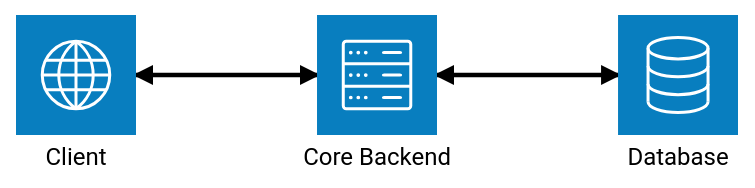
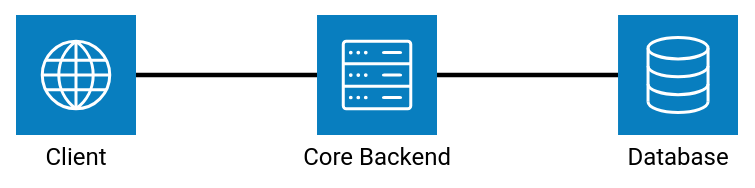
Before and after one commit to Darkzarich/microservice-course-assigment-1: the first of 2 diagrams in README.md, drawn with Mermaid (forest theme). The commit also changed other lines of this file, not shown here.

Commit message:
stage-2 add service diagram

````diff
--- a/README.md
+++ b/README.md
@@ -39,9 +39,9 @@
 ```mermaid
 architecture-beta
     service client(internet)[Client]
     service core(server)[Core Backend]
     service db(database)[Database]
 
-    client:R <--> L:core
-    core:R <--> L:db
+    client:R -- L:core
+    core:R -- L:db
 ```
````
